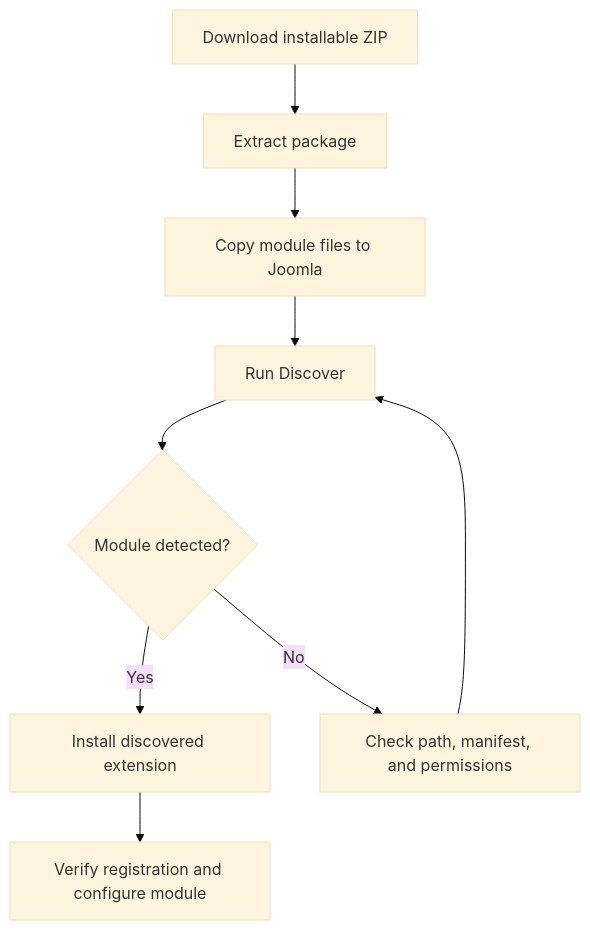
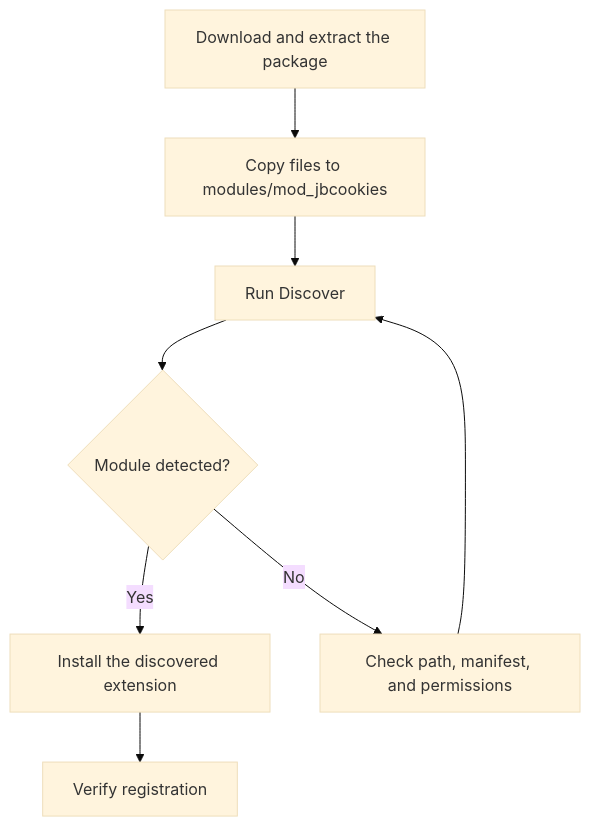
One commit to duyduyly/php-notebook changed the second of 3 diagrams in joomla/learning/extensions/jb-cookies-6-0-2-installation-guide.md. Above: the diagram before and after it, drawn with Mermaid (base theme). The commit also changed other lines of this file, not shown here.

````diff
--- a/joomla/learning/extensions/jb-cookies-6-0-2-installation-guide.md
+++ b/joomla/learning/extensions/jb-cookies-6-0-2-installation-guide.md
@@ -443,11 +137,10 @@
 ```mermaid
 flowchart TD
-    A["Download installable ZIP"] --> B["Extract package"]
-    B --> C["Copy module files to Joomla"]
-    C --> D["Run Discover"]
-    D --> E{"Module detected?"}
-    E -->|Yes| F["Install discovered extension"]
-    E -->|No| G["Check path, manifest, and permissions"]
-    G --> D
-    F --> H["Verify registration and configure module"]
+    A["Download and extract the package"] --> B["Copy files to modules/mod_jbcookies"]
+    B --> C["Run Discover"]
+    C --> D{"Module detected?"}
+    D -->|Yes| E["Install the discovered extension"]
+    D -->|No| F["Check path, manifest, and permissions"]
+    F --> C
+    E --> G["Verify registration"]
 ```
````
